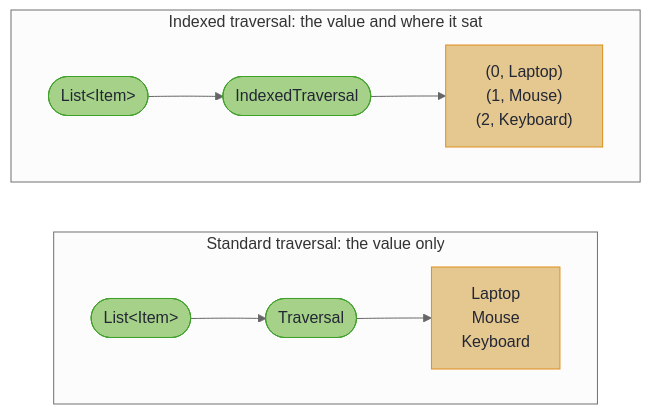
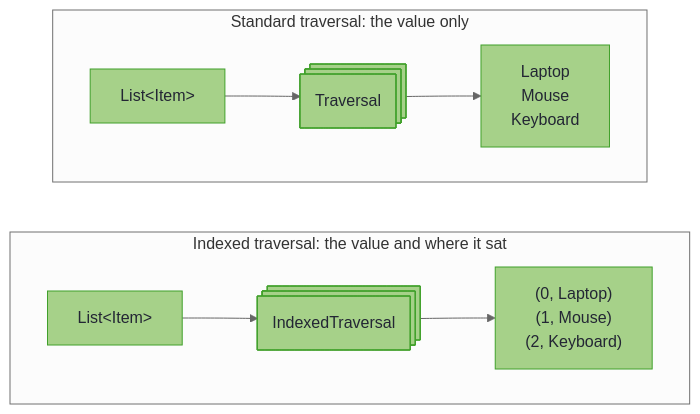
The diagram in latest/optics/indexed_optics.md (higher-kinded-j/higher-kinded-j.github.io), drawn with Mermaid (neutral theme) before and after one commit. The commit also changed 55 other files, not shown here.

````diff
--- a/latest/optics/indexed_optics.md
+++ b/latest/optics/indexed_optics.md
@@ -33,16 +33,21 @@
 ```mermaid
-flowchart LR
+flowchart TD
+    accTitle: A standard traversal beside an indexed one
+    accDescr: A standard Traversal over a List of Item hands back the values Laptop, Mouse and Keyboard. An IndexedTraversal over the same list hands back each value with the index it sat at, as (0, Laptop), (1, Mouse) and (2, Keyboard).
     subgraph std["Standard traversal: the value only"]
         direction LR
-        S1(["List&lt;Item&gt;"]) --> S2(["Traversal"]) --> S3["Laptop<br/>Mouse<br/>Keyboard"]
+        S1["List&lt;Item&gt;"] --> S2@{ shape: st-rect, label: "Traversal" } --> S3["Laptop<br/>Mouse<br/>Keyboard"]
     end
     subgraph idx["Indexed traversal: the value and where it sat"]
         direction LR
-        I1(["List&lt;Item&gt;"]) --> I2(["IndexedTraversal"]) --> I3["(0, Laptop)<br/>(1, Mouse)<br/>(2, Keyboard)"]
+        I1["List&lt;Item&gt;"] --> I2@{ shape: st-rect, label: "IndexedTraversal" } --> I3["(0, Laptop)<br/>(1, Mouse)<br/>(2, Keyboard)"]
     end
+    std ~~~ idx
 
     classDef tier fill:#a6d189,stroke:#40a02b,color:#232634
-    classDef out fill:#e5c890,stroke:#df8e1d,color:#232634
-    class S1,S2,I1,I2 tier
+    classDef rw fill:#a6d189,stroke:#40a02b,color:#232634
+    classDef out fill:#a6d189,stroke:#40a02b,color:#232634
+    class S1,I1 tier
+    class S2,I2 rw
     class S3,I3 out
 ```
````
